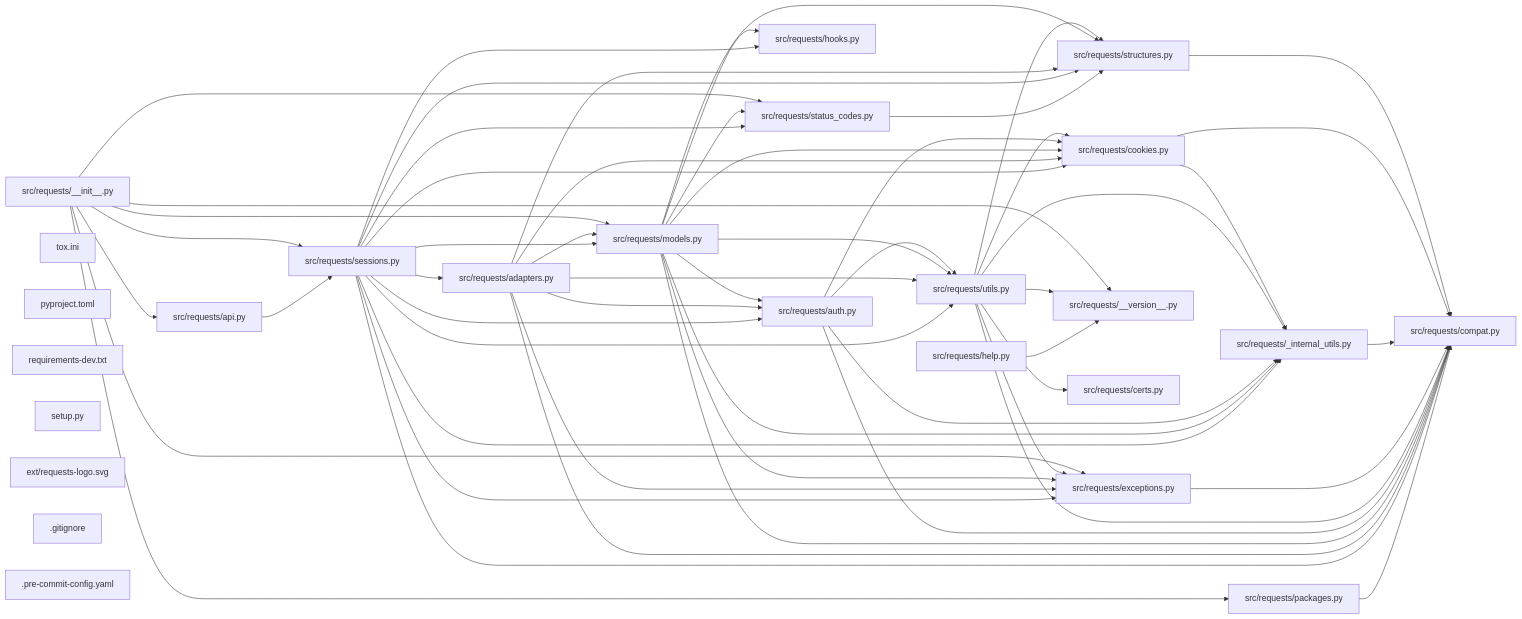
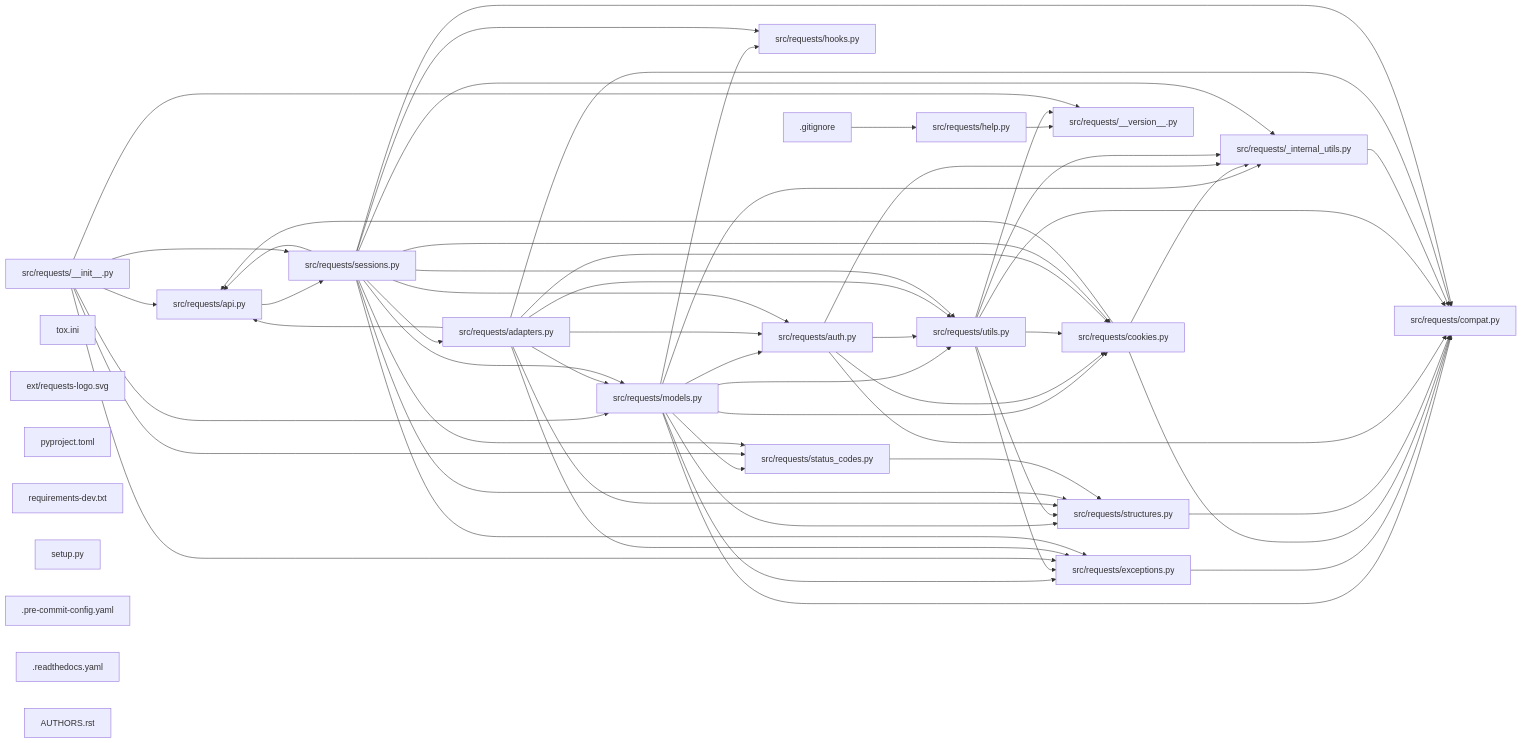
The diagram in benchmark_results/contexts/requests_CONTEXT.md (hey-granth/codectx-benchmarking), drawn with Mermaid before and after one commit. The commit also changed other lines of this file and 9 other files, not shown here.

````diff
--- a/benchmark_results/contexts/requests_CONTEXT.md
+++ b/benchmark_results/contexts/requests_CONTEXT.md
@@ -452,82 +461,83 @@
 ```mermaid
 graph LR
-    f0["src/requests/compat.py"]
-    f1["src/requests/structures.py"]
-    f2["src/requests/cookies.py"]
-    f3["src/requests/__init__.py"]
-    f4["src/requests/_internal_utils.py"]
-    f5["src/requests/exceptions.py"]
-    f6["src/requests/utils.py"]
+    f0["src/requests/api.py"]
+    f1["src/requests/compat.py"]
+    f2["src/requests/models.py"]
+    f3["src/requests/help.py"]
+    f4["src/requests/exceptions.py"]
+    f5["src/requests/cookies.py"]
+    f6["src/requests/structures.py"]
     f7["src/requests/auth.py"]
-    f8["src/requests/models.py"]
-    f9["src/requests/adapters.py"]
-    f10["src/requests/hooks.py"]
-    f11["src/requests/sessions.py"]
+    f8["src/requests/utils.py"]
+    f9["src/requests/__init__.py"]
+    f10["src/requests/_internal_utils.py"]
+    f11["src/requests/adapters.py"]
     f12["tox.ini"]
-    f13["src/requests/__version__.py"]
-    f14["src/requests/status_codes.py"]
-    f15["pyproject.toml"]
-    f16["requirements-dev.txt"]
-    f17["setup.py"]
-    f18["ext/requests-logo.svg"]
-    f19["src/requests/help.py"]
-    f20["src/requests/api.py"]
-    f21["src/requests/certs.py"]
-    f22["src/requests/packages.py"]
-    f23[".gitignore"]
-    f24[".pre-commit-config.yaml"]
-    f1 --> f0
-    f2 --> f0
+    f13["ext/requests-logo.svg"]
+    f14["pyproject.toml"]
+    f15["requirements-dev.txt"]
+    f16["setup.py"]
+    f17["src/requests/hooks.py"]
+    f18["src/requests/sessions.py"]
+    f19["src/requests/__version__.py"]
+    f20["src/requests/status_codes.py"]
+    f21[".gitignore"]
+    f22[".pre-commit-config.yaml"]
+    f23[".readthedocs.yaml"]
+    f24["AUTHORS.rst"]
+    f0 --> f18
+    f2 --> f8
+    f2 --> f6
+    f2 --> f20
+    f2 --> f17
     f2 --> f4
-    f3 --> f14
-    f3 --> f11
-    f3 --> f8
-    f3 --> f20
-    f3 --> f13
-    f3 --> f22
-    f3 --> f5
-    f4 --> f0
+    f2 --> f5
+    f2 --> f1
+    f2 --> f7
+    f2 --> f10
+    f3 --> f19
+    f4 --> f1
     f5 --> f0
+    f5 --> f1
+    f5 --> f10
     f6 --> f1
-    f6 --> f5
-    f6 --> f2
-    f6 --> f0
-    f6 --> f4
-    f6 --> f13
-    f6 --> f21
-    f7 --> f6
-    f7 --> f2
-    f7 --> f0
-    f7 --> f4
+    f7 --> f8
+    f7 --> f5
+    f7 --> f1
+    f7 --> f10
     f8 --> f6
+    f8 --> f4
+    f8 --> f5
     f8 --> f1
-    f8 --> f14
     f8 --> f10
-    f8 --> f5
-    f8 --> f2
-    f8 --> f0
-    f8 --> f7
-    f8 --> f4
-    f9 --> f6
-    f9 --> f1
-    f9 --> f8
-    f9 --> f5
+    f8 --> f19
+    f9 --> f20
+    f9 --> f18
     f9 --> f2
     f9 --> f0
-    f9 --> f7
+    f9 --> f19
+    f9 --> f4
+    f10 --> f1
+    f11 --> f0
+    f11 --> f8
     f11 --> f6
+    f11 --> f2
+    f11 --> f4
+    f11 --> f5
     f11 --> f1
-    f11 --> f14
-    f11 --> f8
-    f11 --> f10
-    f11 --> f5
-    f11 --> f2
-    f11 --> f0
     f11 --> f7
-    f11 --> f9
-    f11 --> f4
-    f14 --> f1
-    f19 --> f13
-    f20 --> f11
-    f22 --> f0
+    f18 --> f0
+    f18 --> f8
+    f18 --> f6
+    f18 --> f20
+    f18 --> f2
+    f18 --> f17
+    f18 --> f4
+    f18 --> f5
+    f18 --> f1
+    f18 --> f7
+    f18 --> f11
+    f18 --> f10
+    f20 --> f6
+    f21 --> f3
 ```
````
